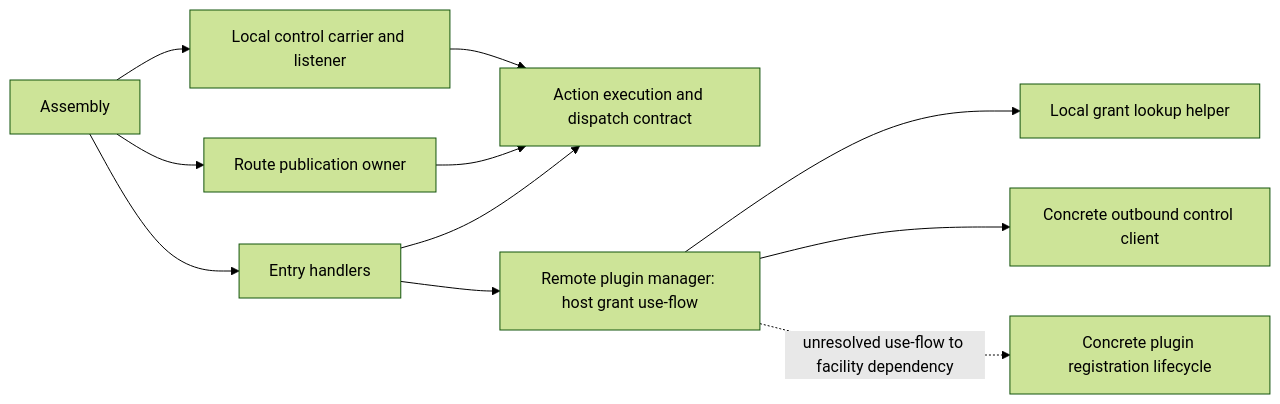
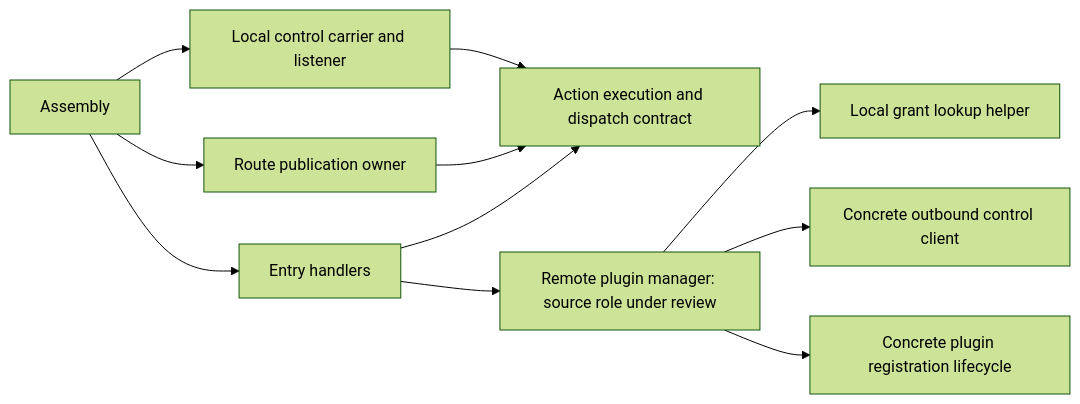
Before and after one commit to wignerStan/remote-storage-gateway: the diagram in docs/remote-axis-bindings.md, drawn with Mermaid (forest theme). The commit also changed other lines of this file and 1 other file, not shown here.

Commit message:
docs(worker): withdraw unsupported remote manager role claim

````diff
--- a/docs/remote-axis-bindings.md
+++ b/docs/remote-axis-bindings.md
@@ -15,13 +16,13 @@
 ```mermaid
 flowchart LR
     A[Assembly] --> F[Local control carrier and listener]
     A --> R[Route publication owner]
     A --> E[Entry handlers]
     F --> X[Action execution and dispatch contract]
     R --> X
     E --> X
-    E --> M[Remote plugin manager: host grant use-flow]
+    E --> M[Remote plugin manager: source role under review]
     M --> G[Local grant lookup helper]
     M --> C[Concrete outbound control client]
-    M -. "unresolved use-flow to facility dependency" .-> L[Concrete plugin registration lifecycle]
+    M --> L[Concrete plugin registration lifecycle]
 ```
````
